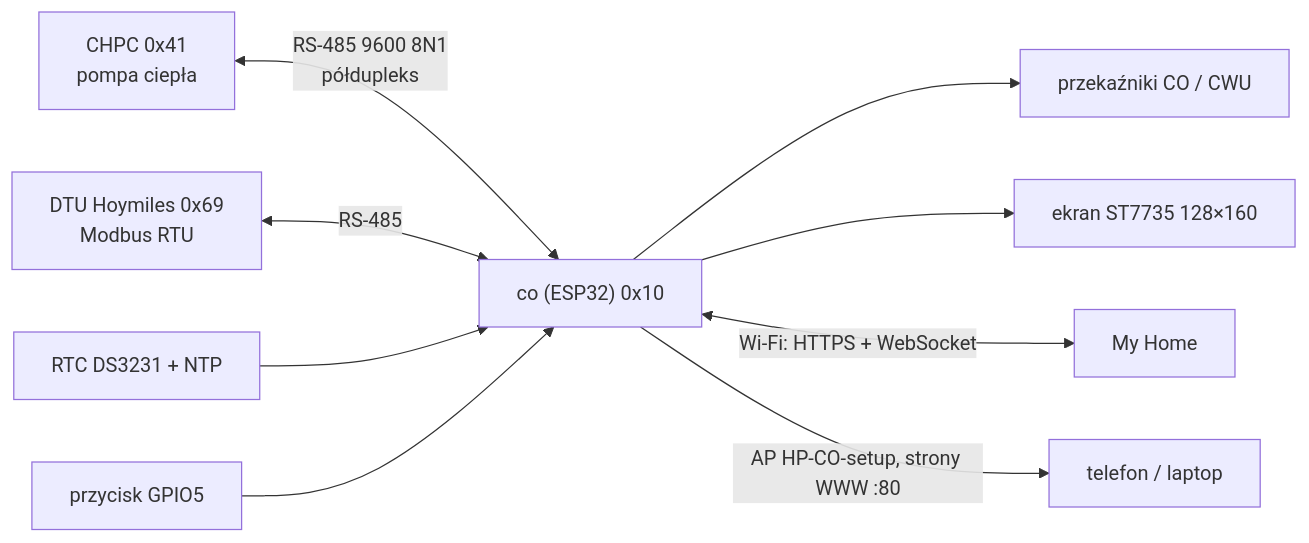
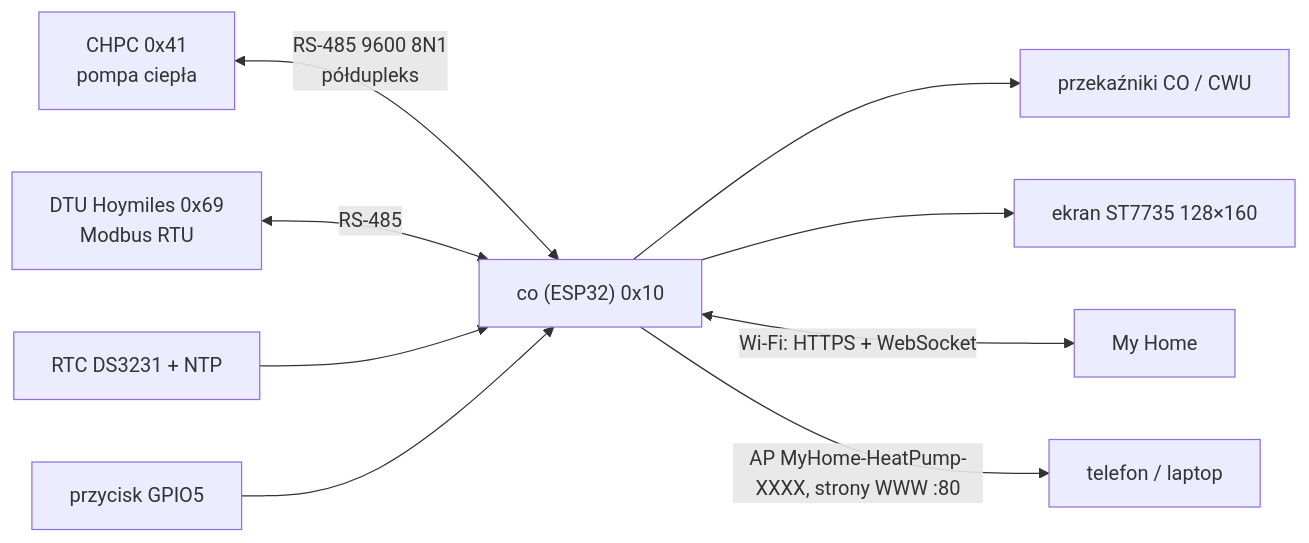
Before and after one commit to robertorlowski/chpc-web: the first of 5 diagrams in devices/co/docs/2-zasada-dzialania.md, drawn with Mermaid. The commit also changed other lines of this file and 25 other files, not shown here.

First line of the commit message:
Dokumentacja: punkty dostępowe sterowników MyHome-<rodzaj>-XXXX pod 10.10.10.1

````diff
--- a/devices/co/docs/2-zasada-dzialania.md
+++ b/devices/co/docs/2-zasada-dzialania.md
@@ -7,12 +7,12 @@
 ```mermaid
 flowchart LR
     CHPC["CHPC 0x41<br/>pompa ciepła"] <-- "RS-485 9600 8N1<br/>półdupleks" --> CO
     DTU["DTU Hoymiles 0x69<br/>Modbus RTU"] <-- "RS-485" --> CO
     CO["co (ESP32) 0x10"]
     CO --> REL["przekaźniki CO / CWU"]
     CO --> LCD["ekran ST7735 128×160"]
     RTC["RTC DS3231 + NTP"] --> CO
     BTN["przycisk GPIO5"] --> CO
     CO <-- "Wi-Fi: HTTPS + WebSocket" --> SRV["My Home"]
-    CO -- "AP HP-CO-setup, strony WWW :80" --> USR["telefon / laptop"]
+    CO -- "AP MyHome-HeatPump-XXXX, strony WWW :80" --> USR["telefon / laptop"]
 ```
````
